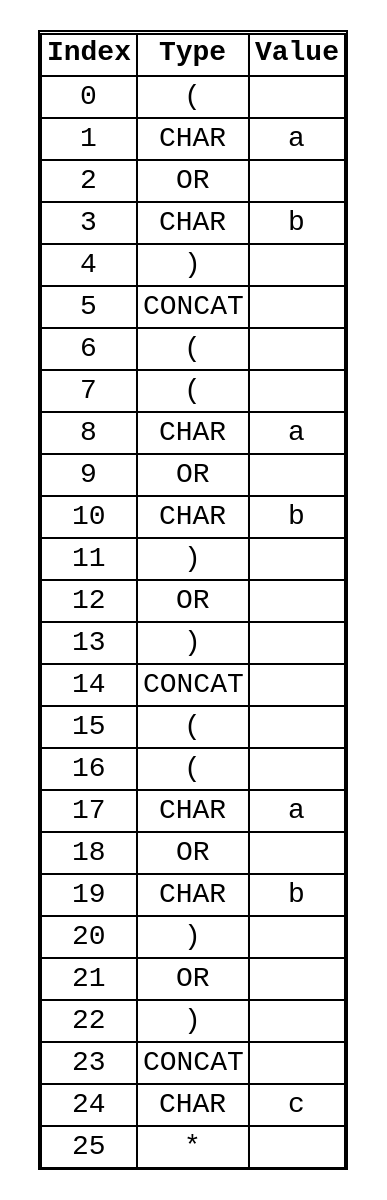
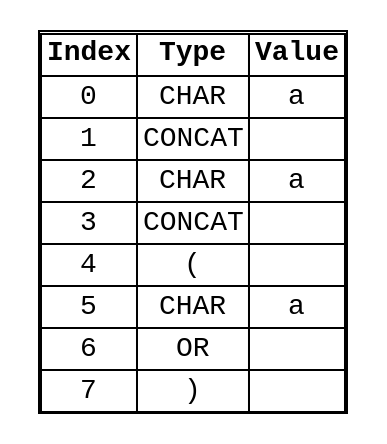
The diagram in 2/visuals/tokens.dot (HotHeadd/automata25_mephi), drawn with Graphviz before and after one commit. The commit also changed 5 other files, not shown here.

```diff
--- a/2/visuals/tokens.dot
+++ b/2/visuals/tokens.dot
@@ -1,34 +1,16 @@
 digraph Tokens {
   node [shape=none, fontname="monospace"];
   tokens [label=<
     <TABLE BORDER="1" CELLBORDER="1" CELLSPACING="0">
       <TR><TD><B>Index</B></TD><TD><B>Type</B></TD><TD><B>Value</B></TD></TR>
-      <TR><TD>0</TD><TD>(</TD><TD></TD></TR>
-      <TR><TD>1</TD><TD>CHAR</TD><TD>a</TD></TR>
-      <TR><TD>2</TD><TD>OR</TD><TD></TD></TR>
-      <TR><TD>3</TD><TD>CHAR</TD><TD>b</TD></TR>
-      <TR><TD>4</TD><TD>)</TD><TD></TD></TR>
-      <TR><TD>5</TD><TD>CONCAT</TD><TD></TD></TR>
-      <TR><TD>6</TD><TD>(</TD><TD></TD></TR>
-      <TR><TD>7</TD><TD>(</TD><TD></TD></TR>
-      <TR><TD>8</TD><TD>CHAR</TD><TD>a</TD></TR>
-      <TR><TD>9</TD><TD>OR</TD><TD></TD></TR>
-      <TR><TD>10</TD><TD>CHAR</TD><TD>b</TD></TR>
-      <TR><TD>11</TD><TD>)</TD><TD></TD></TR>
-      <TR><TD>12</TD><TD>OR</TD><TD></TD></TR>
-      <TR><TD>13</TD><TD>)</TD><TD></TD></TR>
-      <TR><TD>14</TD><TD>CONCAT</TD><TD></TD></TR>
-      <TR><TD>15</TD><TD>(</TD><TD></TD></TR>
-      <TR><TD>16</TD><TD>(</TD><TD></TD></TR>
-      <TR><TD>17</TD><TD>CHAR</TD><TD>a</TD></TR>
-      <TR><TD>18</TD><TD>OR</TD><TD></TD></TR>
-      <TR><TD>19</TD><TD>CHAR</TD><TD>b</TD></TR>
-      <TR><TD>20</TD><TD>)</TD><TD></TD></TR>
-      <TR><TD>21</TD><TD>OR</TD><TD></TD></TR>
-      <TR><TD>22</TD><TD>)</TD><TD></TD></TR>
-      <TR><TD>23</TD><TD>CONCAT</TD><TD></TD></TR>
-      <TR><TD>24</TD><TD>CHAR</TD><TD>c</TD></TR>
-      <TR><TD>25</TD><TD>*</TD><TD></TD></TR>
+      <TR><TD>0</TD><TD>CHAR</TD><TD>a</TD></TR>
+      <TR><TD>1</TD><TD>CONCAT</TD><TD></TD></TR>
+      <TR><TD>2</TD><TD>CHAR</TD><TD>a</TD></TR>
+      <TR><TD>3</TD><TD>CONCAT</TD><TD></TD></TR>
+      <TR><TD>4</TD><TD>(</TD><TD></TD></TR>
+      <TR><TD>5</TD><TD>CHAR</TD><TD>a</TD></TR>
+      <TR><TD>6</TD><TD>OR</TD><TD></TD></TR>
+      <TR><TD>7</TD><TD>)</TD><TD></TD></TR>
     </TABLE>
   >];
 }
```
